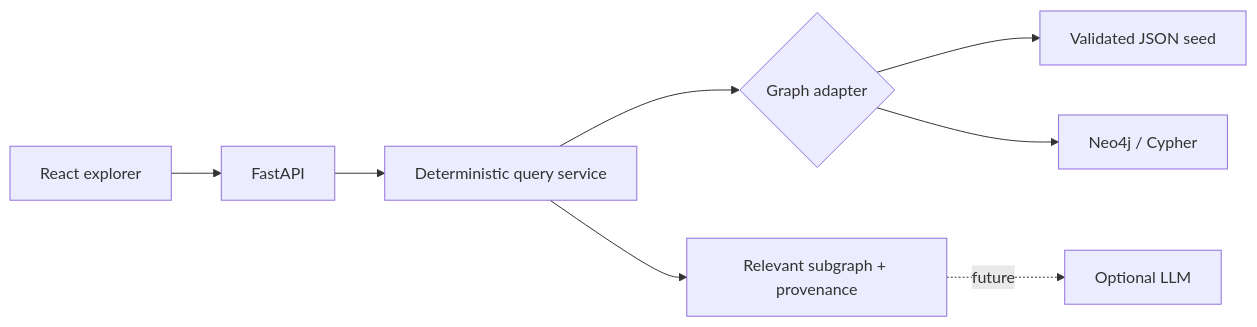
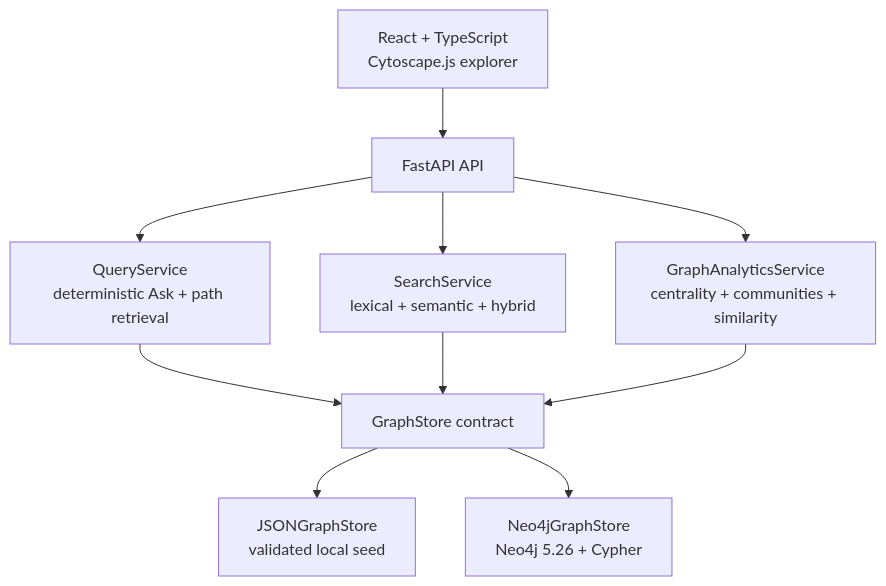
Before and after one commit to amiralfefe/spiderverse-ai: the first of 2 diagrams in docs/architecture.md, drawn with Mermaid. The commit also changed other lines of this file and 9 other files, not shown here.

````diff
--- a/docs/architecture.md
+++ b/docs/architecture.md
@@ -5,10 +9,15 @@
 ```mermaid
-flowchart LR
-  UI["React explorer"] --> API["FastAPI"]
-  API --> SERVICE["Deterministic query service"]
-  SERVICE --> STORE{"Graph adapter"}
-  STORE --> JSON["Validated JSON seed"]
-  STORE --> NEO["Neo4j / Cypher"]
-  SERVICE --> CONTEXT["Relevant subgraph + provenance"]
-  CONTEXT -. future .-> LLM["Optional LLM"]
+flowchart TD
+  UI["React + TypeScript<br/>Cytoscape.js explorer"] --> API["FastAPI API"]
+
+  API --> QUERY["QueryService<br/>deterministic Ask + path retrieval"]
+  API --> SEARCH["SearchService<br/>lexical + semantic + hybrid"]
+  API --> ANALYTICS["GraphAnalyticsService<br/>centrality + communities + similarity"]
+
+  QUERY --> STORE["GraphStore contract"]
+  SEARCH --> STORE
+  ANALYTICS --> STORE
+
+  STORE --> JSON["JSONGraphStore<br/>validated local seed"]
+  STORE --> NEO4J["Neo4jGraphStore<br/>Neo4j 5.26 + Cypher"]
 ```
````
